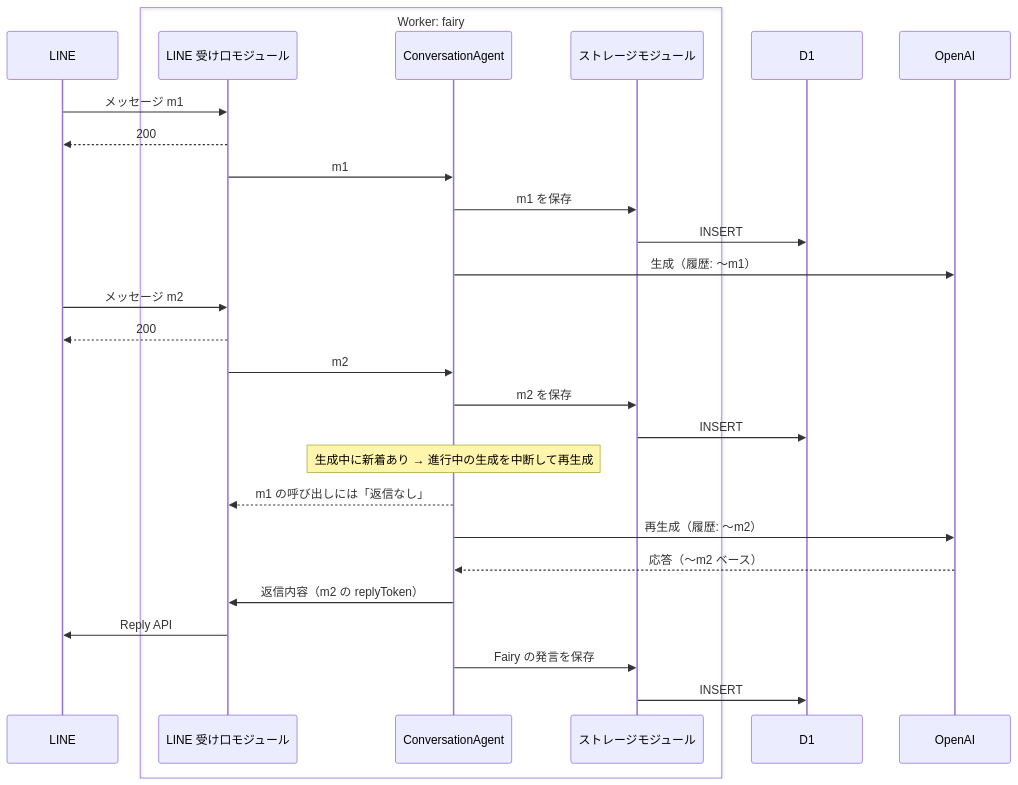
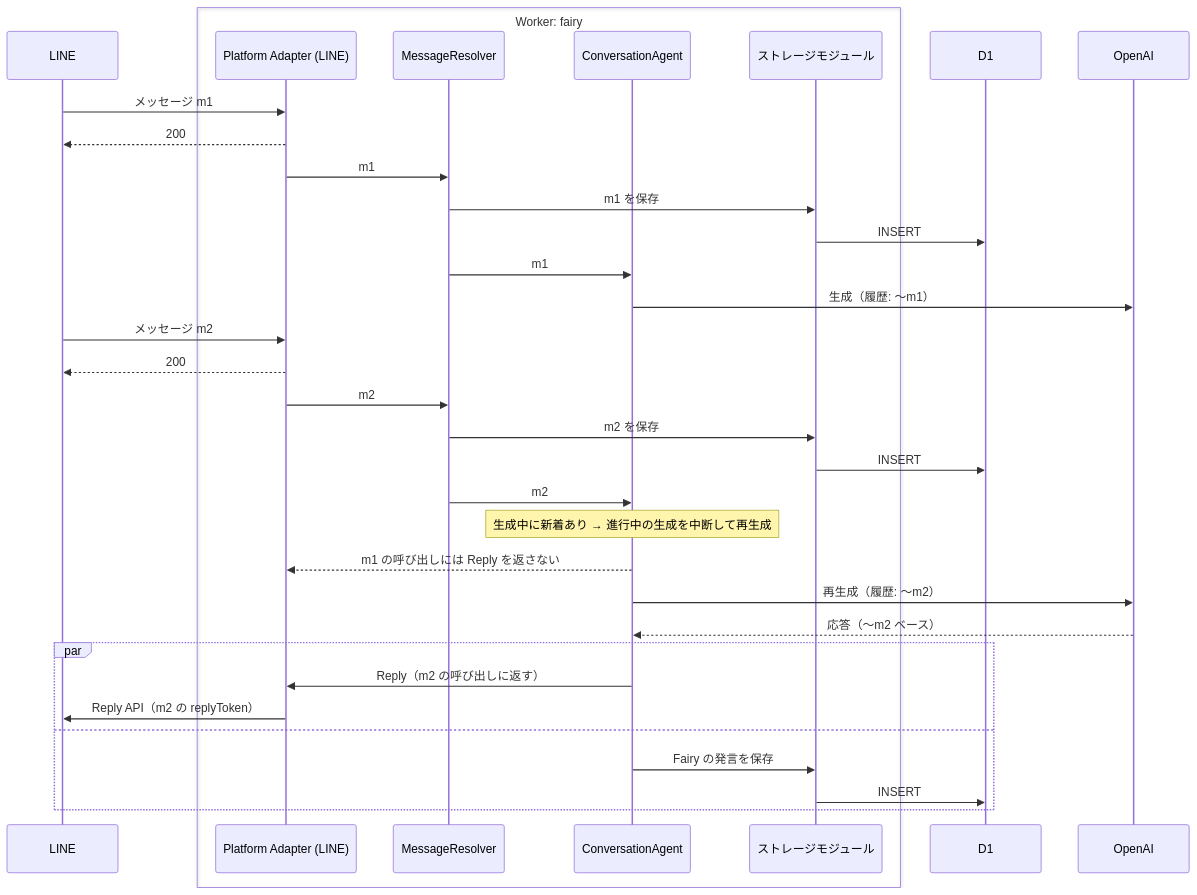
One commit to TatsuyaYamamoto/sicaco-quarter-third-street changed the second of 2 diagrams in docs/phases/phase-1.md. Above: the diagram before and after it, drawn with Mermaid. The commit also changed other lines of this file and 3 other files, not shown here.

First line of the commit message:
docs: split message flow into three layers and keep roles on persons (phase 1) (#48)

````diff
--- a/docs/phases/phase-1.md
+++ b/docs/phases/phase-1.md
@@ -103,31 +141,37 @@
 ```mermaid
 sequenceDiagram
     participant L as LINE
     box Worker: fairy
-        participant LM as LINE 受け口モジュール
+        participant LM as Platform Adapter (LINE)
+        participant R as MessageResolver
         participant A as ConversationAgent
         participant S as ストレージモジュール
     end
     participant D as D1
     participant O as OpenAI
 
     L->>LM: メッセージ m1
     LM-->>L: 200
-    LM->>A: m1
-    A->>S: m1 を保存
+    LM->>R: m1
+    R->>S: m1 を保存
     S->>D: INSERT
+    R->>A: m1
     A->>O: 生成（履歴: 〜m1）
     L->>LM: メッセージ m2
     LM-->>L: 200
-    LM->>A: m2
-    A->>S: m2 を保存
+    LM->>R: m2
+    R->>S: m2 を保存
     S->>D: INSERT
+    R->>A: m2
     Note over A: 生成中に新着あり → 進行中の生成を中断して再生成
-    A-->>LM: m1 の呼び出しには「返信なし」
+    A-->>LM: m1 の呼び出しには Reply を返さない
     A->>O: 再生成（履歴: 〜m2）
     O-->>A: 応答（〜m2 ベース）
-    A->>LM: 返信内容（m2 の replyToken）
-    LM->>L: Reply API
-    A->>S: Fairy の発言を保存
-    S->>D: INSERT
+    par
+        A->>LM: Reply（m2 の呼び出しに返す）
+        LM->>L: Reply API（m2 の replyToken）
+    and
+        A->>S: Fairy の発言を保存
+        S->>D: INSERT
+    end
 ```
````
